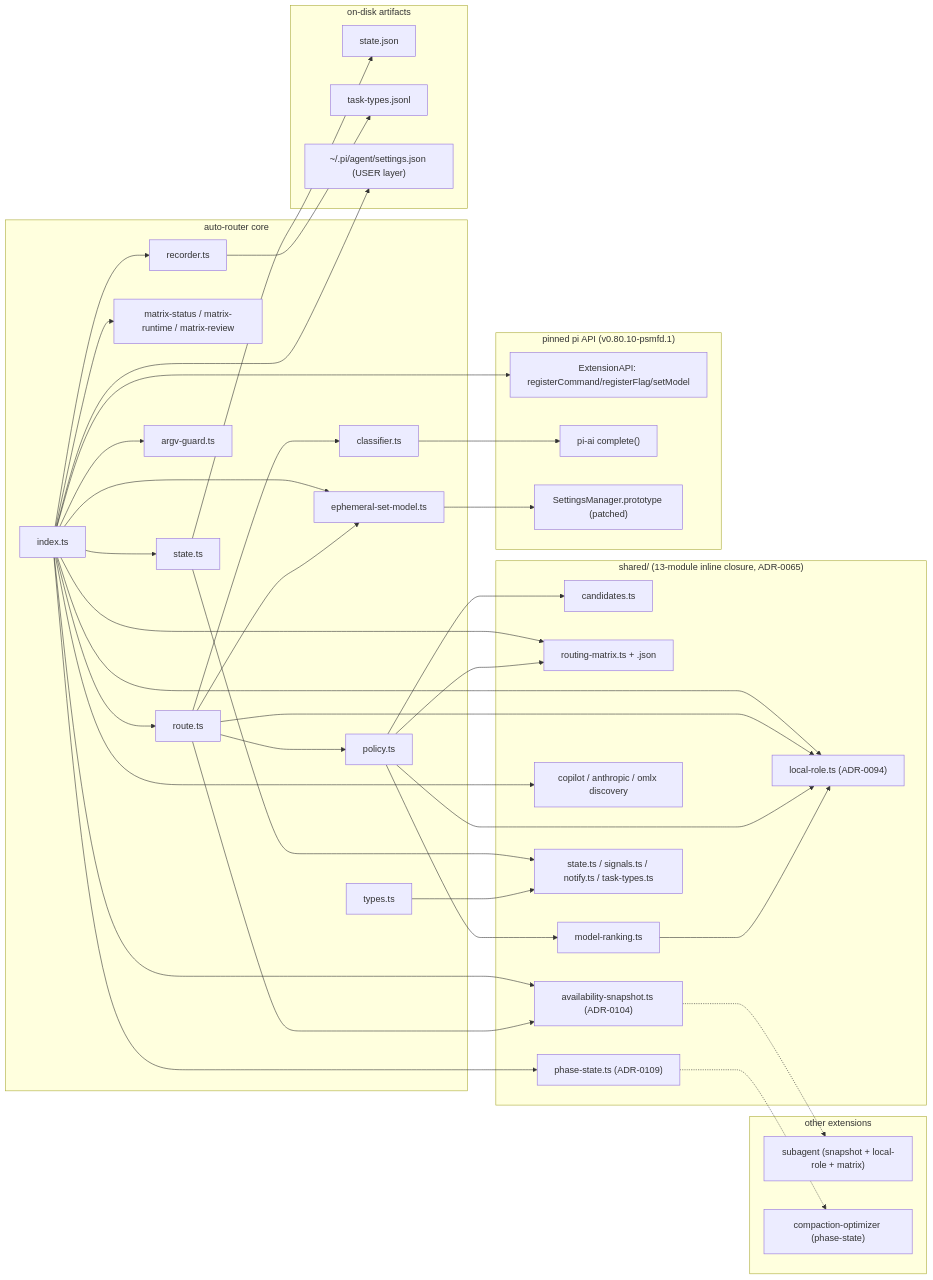
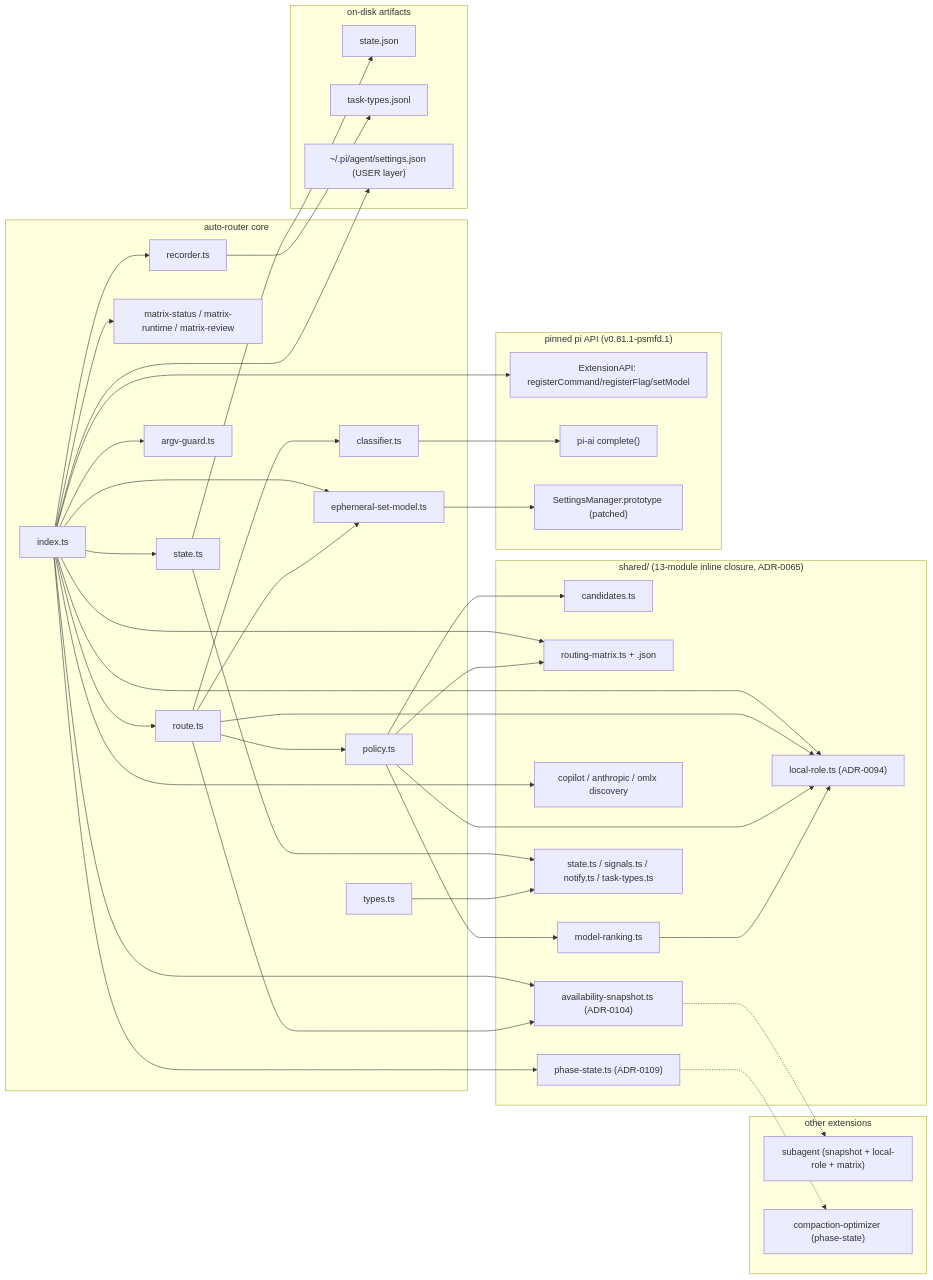
Before and after one commit to psmfd/pi-auto-router: the third of 3 diagrams in README.md, drawn with Mermaid. The commit also changed other lines of this file and 8 other files, not shown here.

````diff
--- a/README.md
+++ b/README.md
@@ -528,59 +532,59 @@
 ```mermaid
 flowchart LR
   subgraph Core["auto-router core"]
     IndexTS["index.ts"]
     RouteTS["route.ts"]
     PolicyTS["policy.ts"]
     ClassifierTS["classifier.ts"]
     MatrixTS["matrix-status / matrix-runtime / matrix-review"]
     RecorderTS["recorder.ts"]
     StateTS["state.ts"]
     TypesTS["types.ts"]
     ArgvGuardTS["argv-guard.ts"]
     EphemeralTS["ephemeral-set-model.ts"]
   end
 
   subgraph Shared["shared/ (13-module inline closure, ADR-0065)"]
     Candidates["candidates.ts"]
     RoutingMatrixMod["routing-matrix.ts + .json"]
     ModelRanking["model-ranking.ts"]
     AvailSnap["availability-snapshot.ts (ADR-0104)"]
     Discovery["copilot / anthropic / omlx discovery"]
     LocalRole["local-role.ts (ADR-0094)"]
     PhaseState["phase-state.ts (ADR-0109)"]
     SharedState["state.ts / signals.ts / notify.ts / task-types.ts"]
   end
 
-  subgraph PiApi["pinned pi API (v0.80.10-psmfd.1)"]
+  subgraph PiApi["pinned pi API (v0.81.1-psmfd.1)"]
     ExtAPI["ExtensionAPI: registerCommand/registerFlag/setModel"]
     PiAiCompat["pi-ai complete()"]
     SettingsProto["SettingsManager.prototype (patched)"]
   end
 
   subgraph Disk["on-disk artifacts"]
     StateJson["state.json"]
     TaskTypesJsonl["task-types.jsonl"]
     UserSettings["~/.pi/agent/settings.json (USER layer)"]
   end
 
   subgraph OtherExt["other extensions"]
     SubagentExt["subagent (snapshot + local-role + matrix)"]
     CompactionExt["compaction-optimizer (phase-state)"]
   end
 
   IndexTS --> RouteTS & RecorderTS & StateTS & MatrixTS & ArgvGuardTS & EphemeralTS
   IndexTS --> AvailSnap & Discovery & LocalRole & PhaseState & RoutingMatrixMod
   RouteTS --> PolicyTS & ClassifierTS & AvailSnap & LocalRole & EphemeralTS
   PolicyTS --> Candidates & ModelRanking & RoutingMatrixMod & LocalRole
   ClassifierTS --> PiAiCompat
   StateTS --> SharedState
   TypesTS --> SharedState
   ModelRanking --> LocalRole
   EphemeralTS --> SettingsProto
   IndexTS --> ExtAPI
   StateTS --> StateJson
   RecorderTS --> TaskTypesJsonl
   IndexTS --> UserSettings
   AvailSnap -.-> SubagentExt
   PhaseState -.-> CompactionExt
 ```
````
